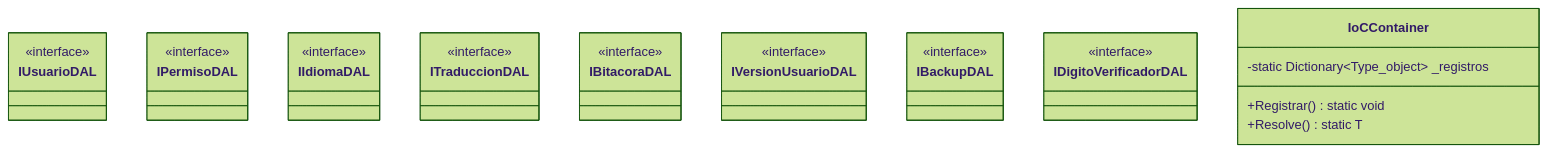
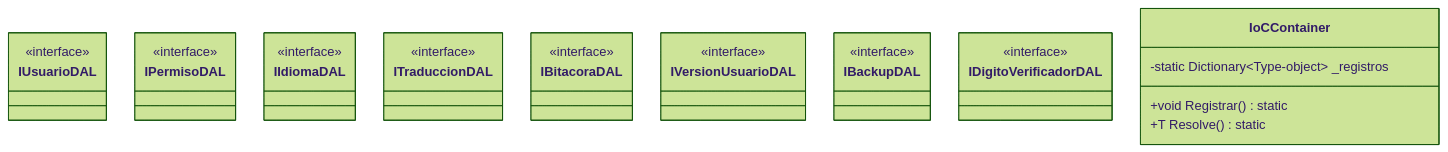
Diagram 23 of 25 in Documentacion/diagrams_code.md (LautiSmyth/Stach), drawn with Mermaid (forest theme) before and after one commit. The commit also changed other lines of this file, not shown here.

Commit message:
Doc: Format all Mermaid diagrams to match student ELK configuration layout and standard C# member type/name declarations

````diff
--- a/Documentacion/diagrams_code.md
+++ b/Documentacion/diagrams_code.md
@@ -591,16 +653,20 @@
 ```mermaid
+---
+config:
+  layout: elk
+---
 classDiagram
     class IUsuarioDAL { <<interface>> }
     class IPermisoDAL { <<interface>> }
     class IIdiomaDAL { <<interface>> }
     class ITraduccionDAL { <<interface>> }
     class IBitacoraDAL { <<interface>> }
     class IVersionUsuarioDAL { <<interface>> }
     class IBackupDAL { <<interface>> }
     class IDigitoVerificadorDAL { <<interface>> }
     class IoCContainer {
-        -static Dictionary~Type_object~ _registros
-        +Registrar() static void
-        +Resolve() static T
+        -static Dictionary~Type-object~ _registros
+        +void Registrar() static
+        +T Resolve() static
     }
 ```
````
